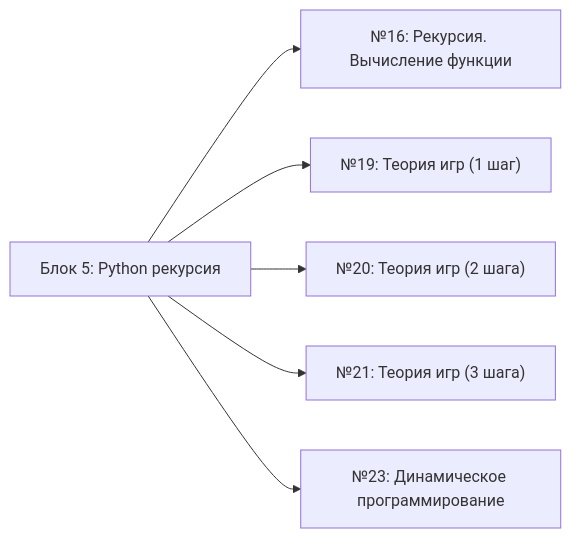
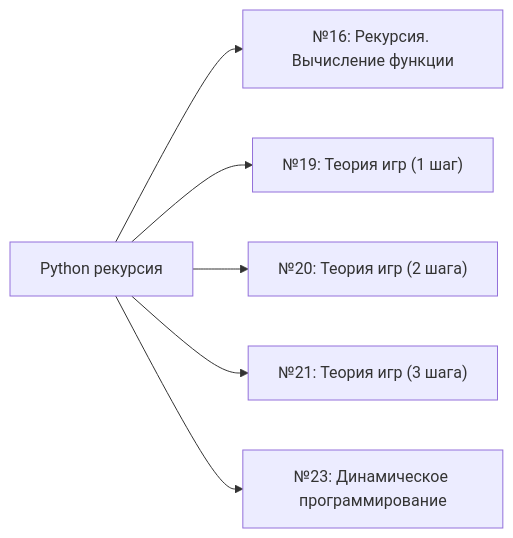
One commit to mueqee/spbpu-inf-course changed the fifth of 6 diagrams in README.md. Above: the diagram before and after it, drawn with Mermaid. The commit also changed other lines of this file, not shown here.

````diff
--- a/README.md
+++ b/README.md
@@ -169,9 +130,9 @@
 ```mermaid
 flowchart LR
-  T5["Блок 5: Python рекурсия"]
+  T5["Python рекурсия"]
   T5 --> T5a["№16: Рекурсия. Вычисление функции"]
   T5 --> T5b["№19: Теория игр (1 шаг)"]
   T5 --> T5c["№20: Теория игр (2 шага)"]
   T5 --> T5d["№21: Теория игр (3 шага)"]
   T5 --> T5e["№23: Динамическое программирование"]
 ```
````
